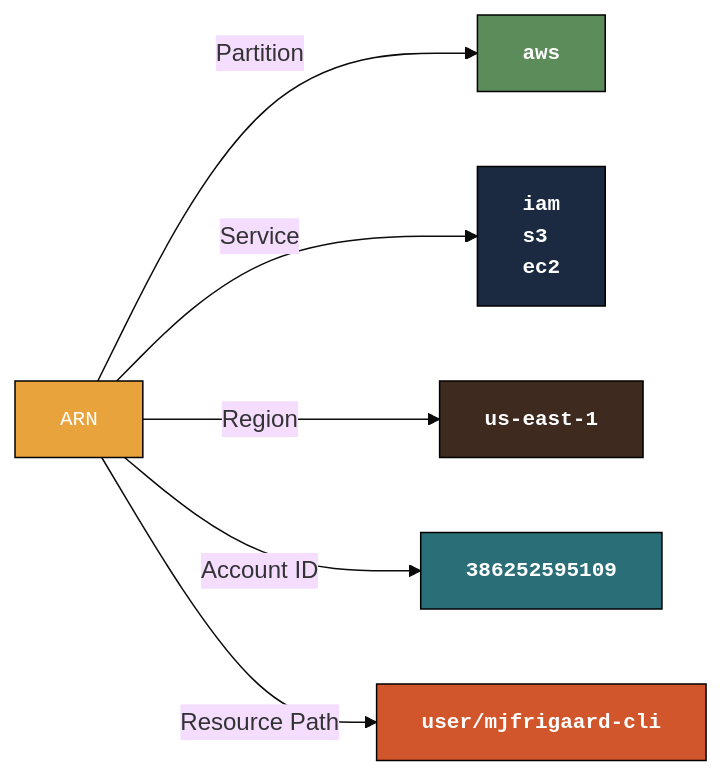
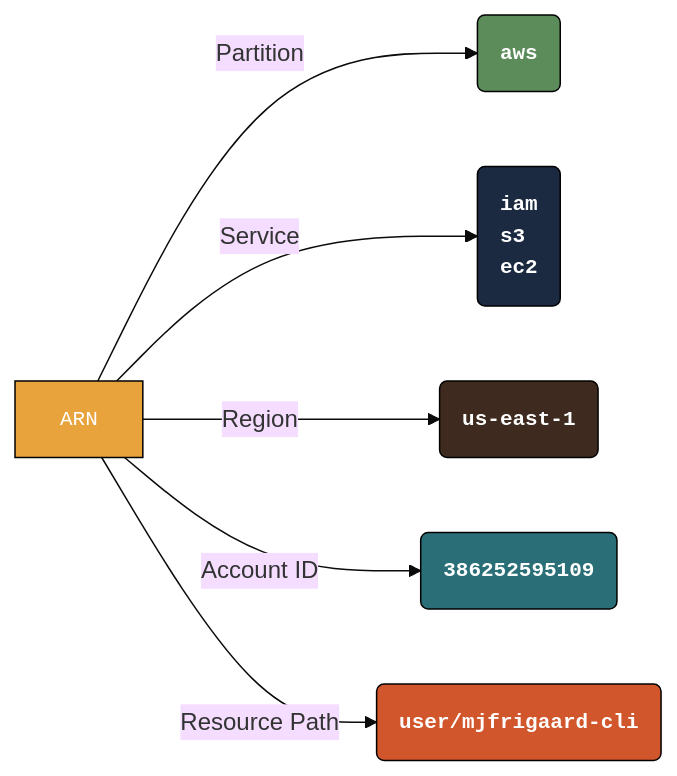
The seventh of 8 diagrams in start-aws.qmd (mjfrigaard/do4ds-labs), drawn with Mermaid before and after one commit. The commit also changed other lines of this file and 69 other files, not shown here.

Commit message:
style review fixes; mermaid look; lab07 model scripts and workflow deps

````diff
--- a/start-aws.qmd
+++ b/start-aws.qmd
@@ -464,21 +466,21 @@
 ```{mermaid}
 %%| fig-cap: ‘Amazon Resource Names (ARNs) uniquely identify AWS resources’
 %%| fig-width: 7.0
 %%| fig-align: 'center'
-%%{init: {'theme': 'base', 'themeVariables': {'fontFamily': 'monospace'}}}%%
+%%{init: {'theme': 'base', 'look': 'classic', 'themeVariables': {'fontFamily': 'monospace'}}}%%
 
 graph LR
-    ARN["ARN"] --"Partition"--> Partition["<strong>aws</strong>"]
-    ARN --"Service"--> Service["<strong>iam<br>s3<br>ec2"]
-    ARN --"Region"--> Region["<strong>us-east-1 </strong>"]
-    ARN --"Account ID"--> Account["<strong>386252595109</strong>"]
-    ARN --"Resource Path"--> Resource["<strong>user/mjfrigaard-cli</strong>"]
+    ARN["ARN"] --"Partition"--> Partition("<strong>aws</strong>")
+    ARN --"Service"--> Service("<strong>iam<br>s3<br>ec2")
+    ARN --"Region"--> Region("<strong>us-east-1 </strong>")
+    ARN --"Account ID"--> Account("<strong>386252595109</strong>")
+    ARN --"Resource Path"--> Resource("<strong>user/mjfrigaard-cli</strong>")
     
     style ARN fill:#E8A33D,stroke:#000000,stroke-width:1px,font-size:14px,text-align:left,font-family:monospace,color:#ffffff
     style Partition fill:#5B8C5A,stroke:#000000,stroke-width:1px,font-size:14px,text-align:left,font-family:monospace,color:#ffffff
     style Region fill:#3E2A1E,stroke:#000000,stroke-width:1px,font-size:14px,text-align:left,font-family:monospace,color:#ffffff
     style Service fill:#1B2A41,stroke:#000000,stroke-width:1px,font-size:14px,text-align:left,font-family:monospace,color:#ffffff
     style Account fill:#2A6F77,stroke:#000000,stroke-width:1px,font-size:14px,text-align:left,font-family:monospace,color:#ffffff
     style Resource fill:#D2562B,stroke:#000000,stroke-width:1px,font-size:14px,text-align:left,font-family:monospace,color:#ffffff
     
 ```
````
